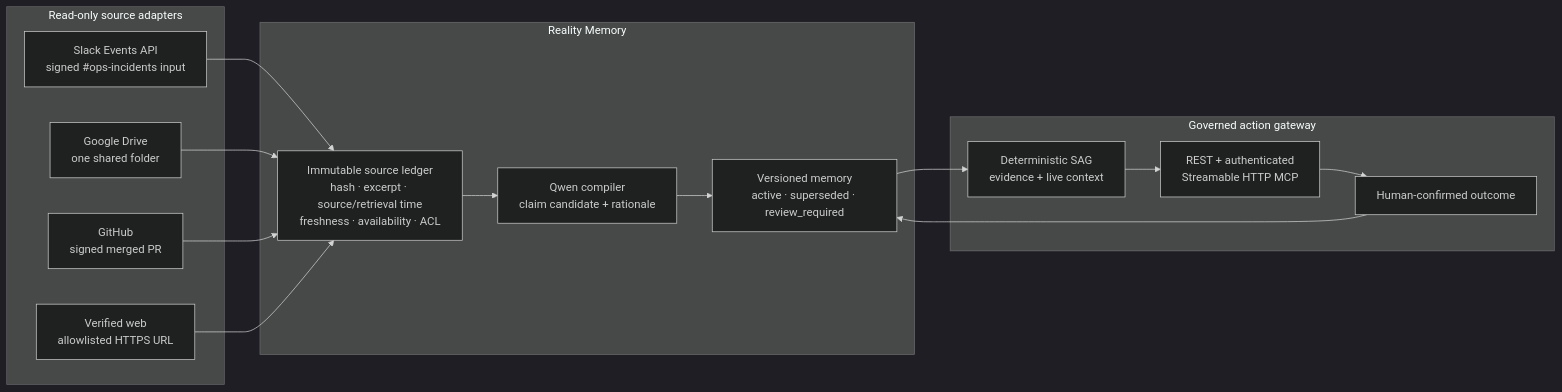
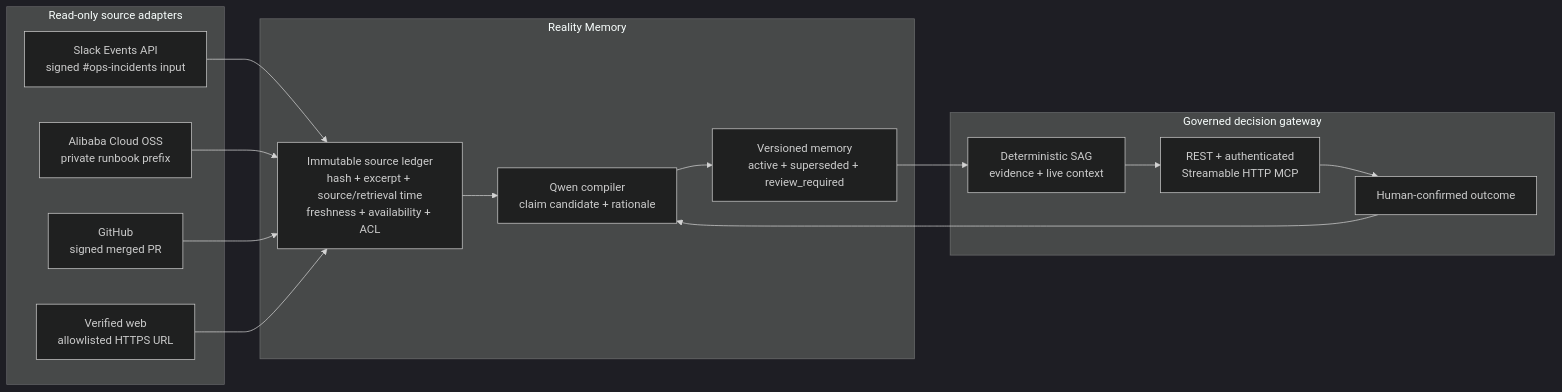
Before and after one commit to BoBbY-dev-0099/company-brain: the diagram in docs/ARCHITECTURE.md, drawn with Mermaid (dark theme). The commit also changed other lines of this file and 7 other files, not shown here.

````diff
--- a/docs/ARCHITECTURE.md
+++ b/docs/ARCHITECTURE.md
@@ -5,25 +6,25 @@
-```mermaid
+~~~mermaid
 flowchart LR
   subgraph Sources[Read-only source adapters]
     Slack["Slack Events API\nsigned #ops-incidents input"]
-    Drive["Google Drive\none shared folder"]
+    OSS["Alibaba Cloud OSS\nprivate runbook prefix"]
     GitHub["GitHub\nsigned merged PR"]
     Web["Verified web\nallowlisted HTTPS URL"]
   end
   subgraph Reality[Reality Memory]
-    Ledger["Immutable source ledger\nhash · excerpt · source/retrieval time\nfreshness · availability · ACL"]
+    Ledger["Immutable source ledger\nhash + excerpt + source/retrieval time\nfreshness + availability + ACL"]
     Qwen["Qwen compiler\nclaim candidate + rationale"]
-    Memory["Versioned memory\nactive · superseded · review_required"]
+    Memory["Versioned memory\nactive + superseded + review_required"]
   end
-  subgraph Decision[Governed action gateway]
+  subgraph Decision[Governed decision gateway]
     SAG["Deterministic SAG\nevidence + live context"]
     MCP["REST + authenticated\nStreamable HTTP MCP"]
     Human["Human-confirmed outcome"]
   end
   Slack --> Ledger
-  Drive --> Ledger
+  OSS --> Ledger
   GitHub --> Ledger
   Web --> Ledger
   Ledger --> Qwen --> Memory --> SAG --> MCP --> Human
-  Human --> Memory
-```
+  Human --> Qwen
+~~~
````
